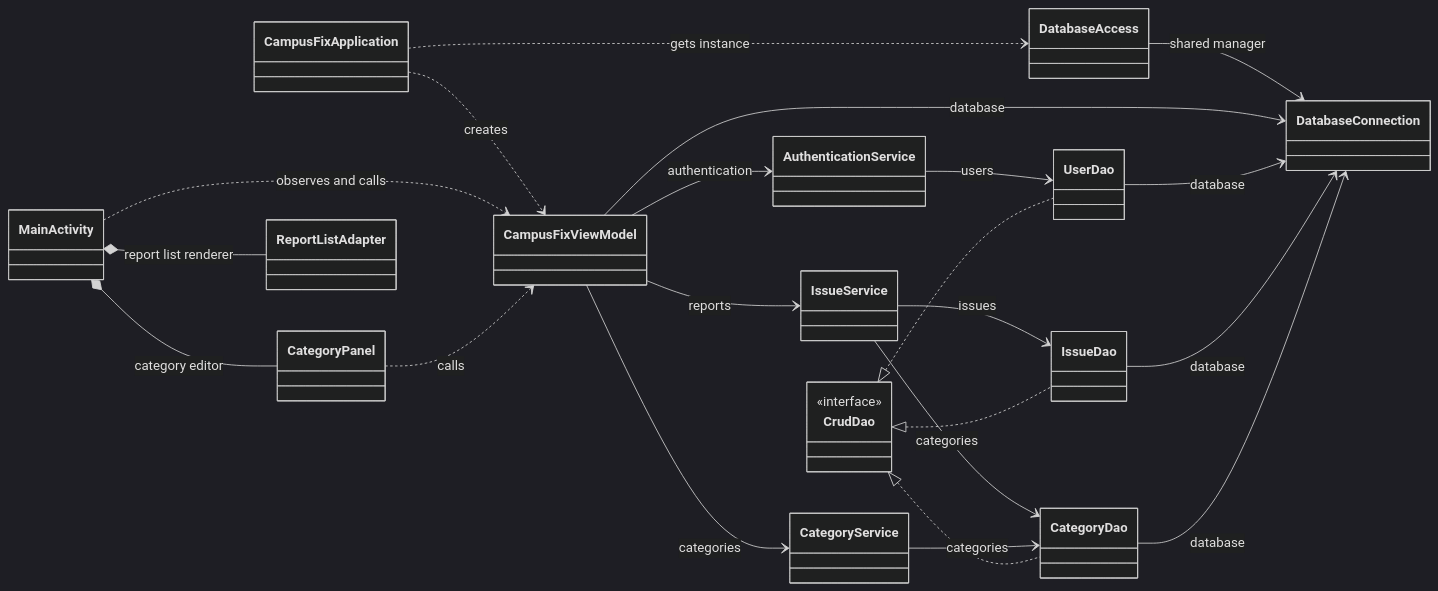
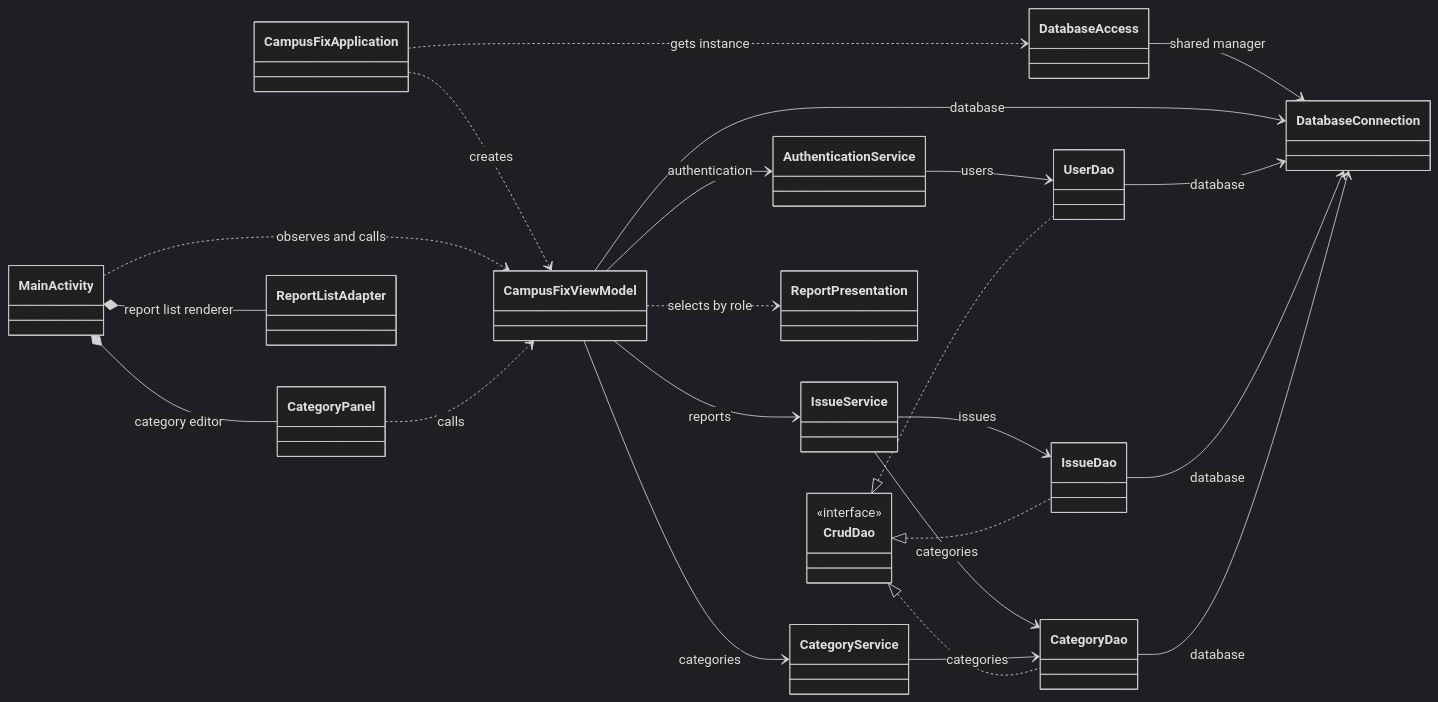
One commit to dfernq/inso-2026-2027-campus-fix changed the diagram in docs/android.md. Above: the diagram before and after it, drawn with Mermaid (dark theme). The commit also changed other lines of this file and 2 other files, not shown here.

````diff
--- a/docs/android.md
+++ b/docs/android.md
@@ -124,28 +141,29 @@
 ```mermaid
 classDiagram
     direction LR
     class CrudDao {
         <<interface>>
     }
     CampusFixApplication ..> CampusFixViewModel : creates
     CampusFixApplication ..> DatabaseAccess : gets instance
     DatabaseAccess --> DatabaseConnection : shared manager
     MainActivity ..> CampusFixViewModel : observes and calls
     MainActivity *-- CategoryPanel : category editor
     MainActivity *-- ReportListAdapter : report list renderer
     CategoryPanel ..> CampusFixViewModel : calls
     CampusFixViewModel --> DatabaseConnection : database
     CampusFixViewModel --> AuthenticationService : authentication
     CampusFixViewModel --> IssueService : reports
+    CampusFixViewModel ..> ReportPresentation : selects by role
     CampusFixViewModel --> CategoryService : categories
     AuthenticationService --> UserDao : users
     IssueService --> IssueDao : issues
     IssueService --> CategoryDao : categories
     CategoryService --> CategoryDao : categories
     UserDao --> DatabaseConnection : database
     IssueDao --> DatabaseConnection : database
     CategoryDao --> DatabaseConnection : database
     CrudDao <|.. UserDao
     CrudDao <|.. IssueDao
     CrudDao <|.. CategoryDao
 ```
````
